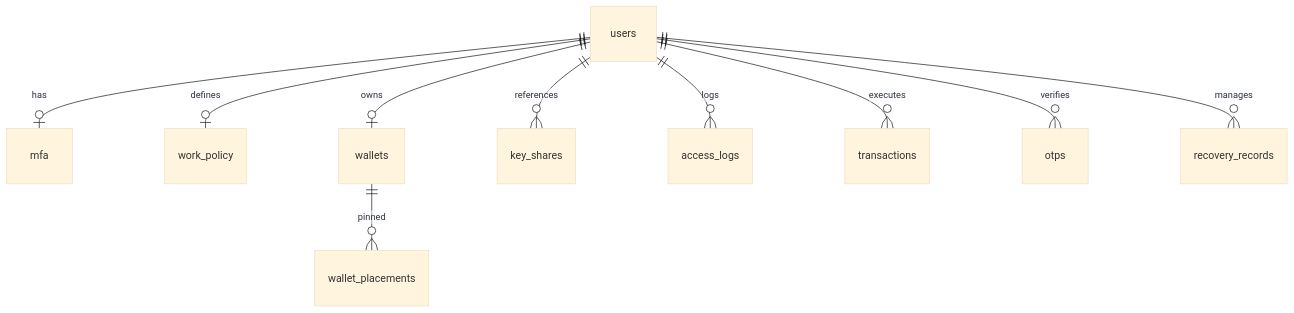
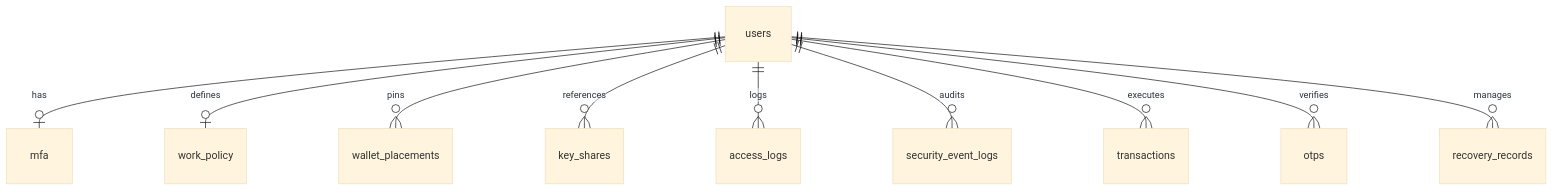
The diagram in README.md (shubhammongoosetech/saral-poc), drawn with Mermaid (base theme) before and after one commit. The commit also changed other lines of this file, not shown here.

Commit message:
docs(readme): update architecture, schema, routes, workflows, and POC status

````diff
--- a/README.md
+++ b/README.md
@@ -274,12 +297,12 @@
 ```mermaid
 erDiagram
     users ||--o| mfa : has
     users ||--o| work_policy : defines
-    users ||--o| wallets : owns
+    users ||--o{ wallet_placements : pins
     users ||--o{ key_shares : references
     users ||--o{ access_logs : logs
+    users ||--o{ security_event_logs : audits
     users ||--o{ transactions : executes
     users ||--o{ otps : verifies
     users ||--o{ recovery_records : manages
-    wallets ||--o{ wallet_placements : pinned
 ```
````
